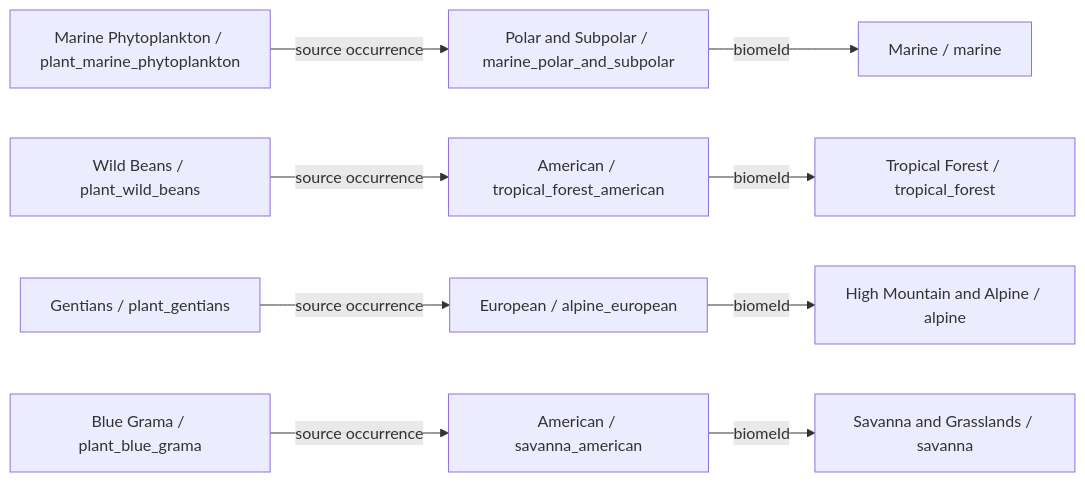
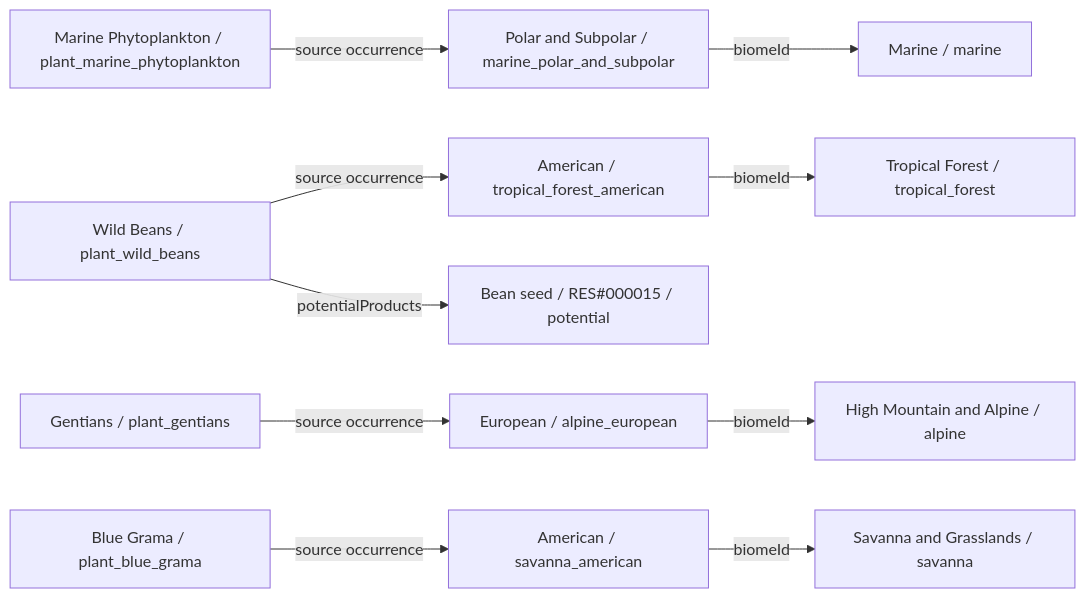
Diagram 13 of 39 in data/plants/DIAGRAMS.md (fgabo404/EvolveDoc), drawn with Mermaid before and after one commit. The commit also changed other lines of this file and 50 other files, not shown here.

````diff
--- a/data/plants/DIAGRAMS.md
+++ b/data/plants/DIAGRAMS.md
@@ -452,23 +464,25 @@
 ```mermaid
 flowchart LR
     c0["Marine Phytoplankton / plant_marine_phytoplankton"]
     v21["Polar and Subpolar / marine_polar_and_subpolar"]
     b5["Marine / marine"]
     c1["Wild Beans / plant_wild_beans"]
     v0["American / tropical_forest_american"]
     b0["Tropical Forest / tropical_forest"]
+    o1_0["Bean seed / RES#000015 / potential"]
     c2["Gentians / plant_gentians"]
     v25["European / alpine_european"]
     b6["High Mountain and Alpine / alpine"]
     c3["Blue Grama / plant_blue_grama"]
     v12["American / savanna_american"]
     b3["Savanna and Grasslands / savanna"]
     c0 -->|source occurrence| v21
+    c1 -->|potentialProducts| o1_0
     c1 -->|source occurrence| v0
     c2 -->|source occurrence| v25
     c3 -->|source occurrence| v12
     v0 -->|biomeId| b0
     v12 -->|biomeId| b3
     v21 -->|biomeId| b5
     v25 -->|biomeId| b6
 ```
````
